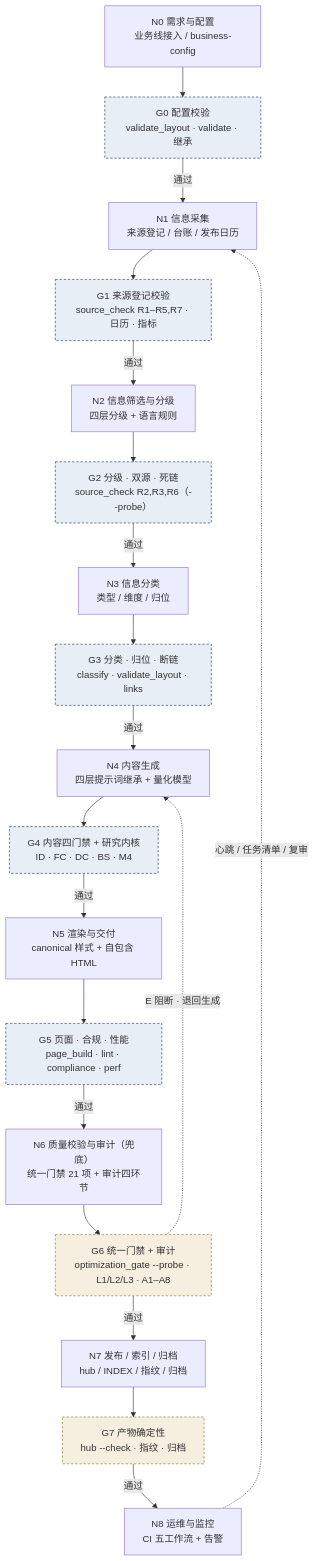
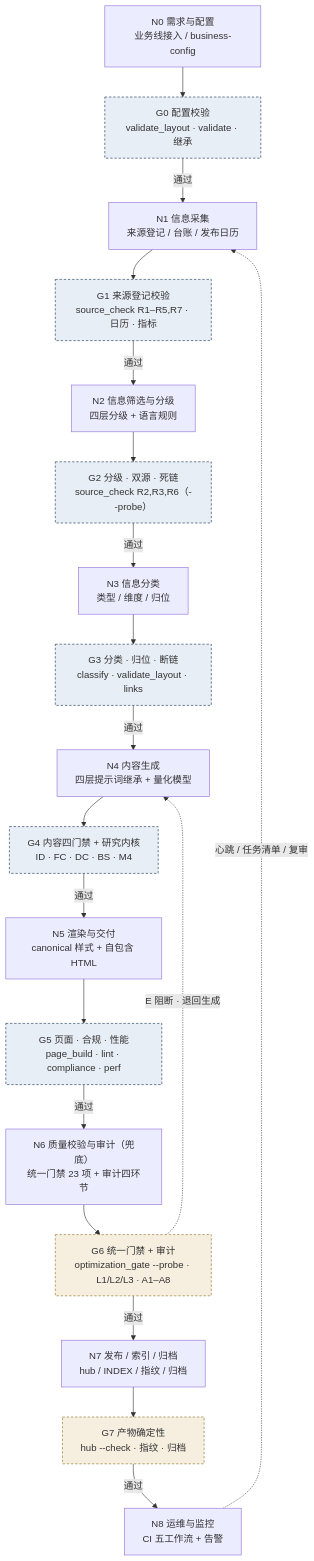
Before and after one commit to hmbphxkw76-byte/tech-context-digest: the first of 4 diagrams in engine/docs/report-pipeline-system.md, drawn with Mermaid. The commit also changed other lines of this file and 18 other files, not shown here.

````diff
--- a/engine/docs/report-pipeline-system.md
+++ b/engine/docs/report-pipeline-system.md
@@ -28,25 +28,25 @@
 ```mermaid
 flowchart TD
     N0["N0 需求与配置<br/>业务线接入 / business-config"] --> G0["G0 配置校验<br/>validate_layout · validate · 继承"]
     G0 -->|通过| N1["N1 信息采集<br/>来源登记 / 台账 / 发布日历"]
     N1 --> G1["G1 来源登记校验<br/>source_check R1–R5,R7 · 日历 · 指标"]
     G1 -->|通过| N2["N2 信息筛选与分级<br/>四层分级 + 语言规则"]
     N2 --> G2["G2 分级 · 双源 · 死链<br/>source_check R2,R3,R6（--probe）"]
     G2 -->|通过| N3["N3 信息分类<br/>类型 / 维度 / 归位"]
     N3 --> G3["G3 分类 · 归位 · 断链<br/>classify · validate_layout · links"]
     G3 -->|通过| N4["N4 内容生成<br/>四层提示词继承 + 量化模型"]
     N4 --> G4["G4 内容四门禁 + 研究内核<br/>ID · FC · DC · BS · M4"]
     G4 -->|通过| N5["N5 渲染与交付<br/>canonical 样式 + 自包含 HTML"]
     N5 --> G5["G5 页面 · 合规 · 性能<br/>page_build · lint · compliance · perf"]
-    G5 -->|通过| N6["N6 质量校验与审计（兜底）<br/>统一门禁 21 项 + 审计四环节"]
+    G5 -->|通过| N6["N6 质量校验与审计（兜底）<br/>统一门禁 23 项 + 审计四环节"]
     N6 --> G6["G6 统一门禁 + 审计<br/>optimization_gate --probe · L1/L2/L3 · A1–A8"]
     G6 -->|通过| N7["N7 发布 / 索引 / 归档<br/>hub / INDEX / 指纹 / 归档"]
     N7 --> G7["G7 产物确定性<br/>hub --check · 指纹 · 归档"]
     G7 -->|通过| N8["N8 运维与监控<br/>CI 五工作流 + 告警"]
     N8 -. "心跳 / 任务清单 / 复审" .-> N1
     G6 -. "E 阻断 · 退回生成" .-> N4
     classDef shift fill:#e8eef6,stroke:#16324f,stroke-dasharray:4 3;
     classDef backstop fill:#f6efe0,stroke:#8a6d1f,stroke-dasharray:4 3;
     class G0,G1,G2,G3,G4,G5 shift;
     class G6,G7,G8 backstop;
 ```
````
